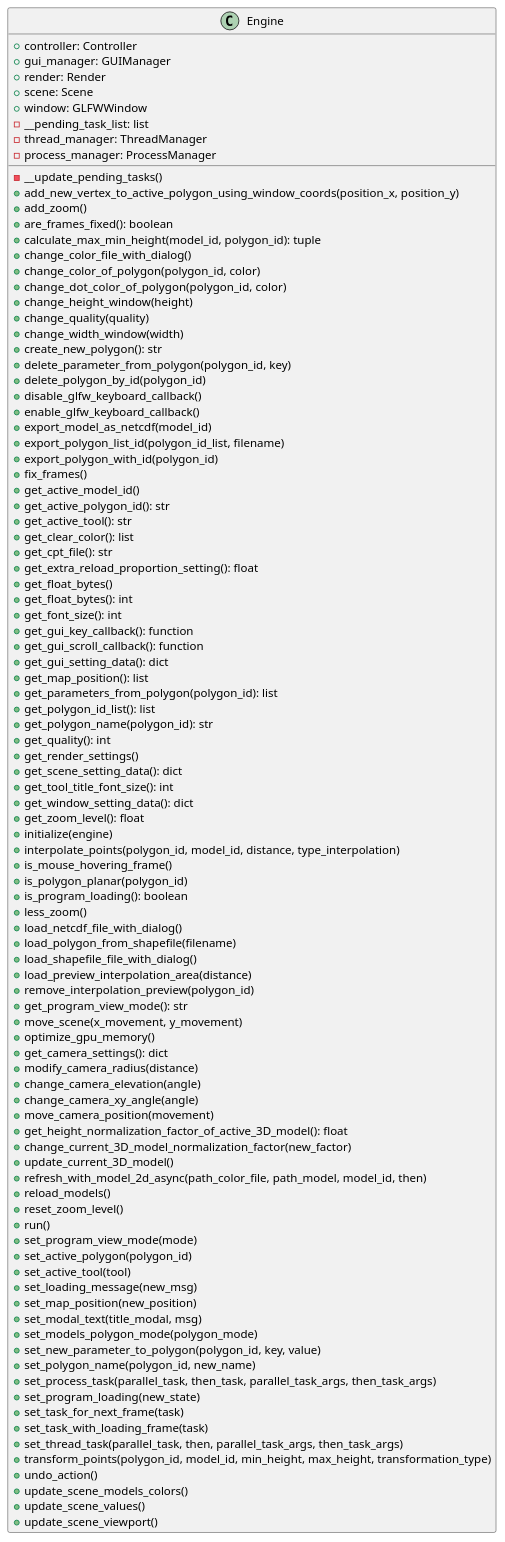
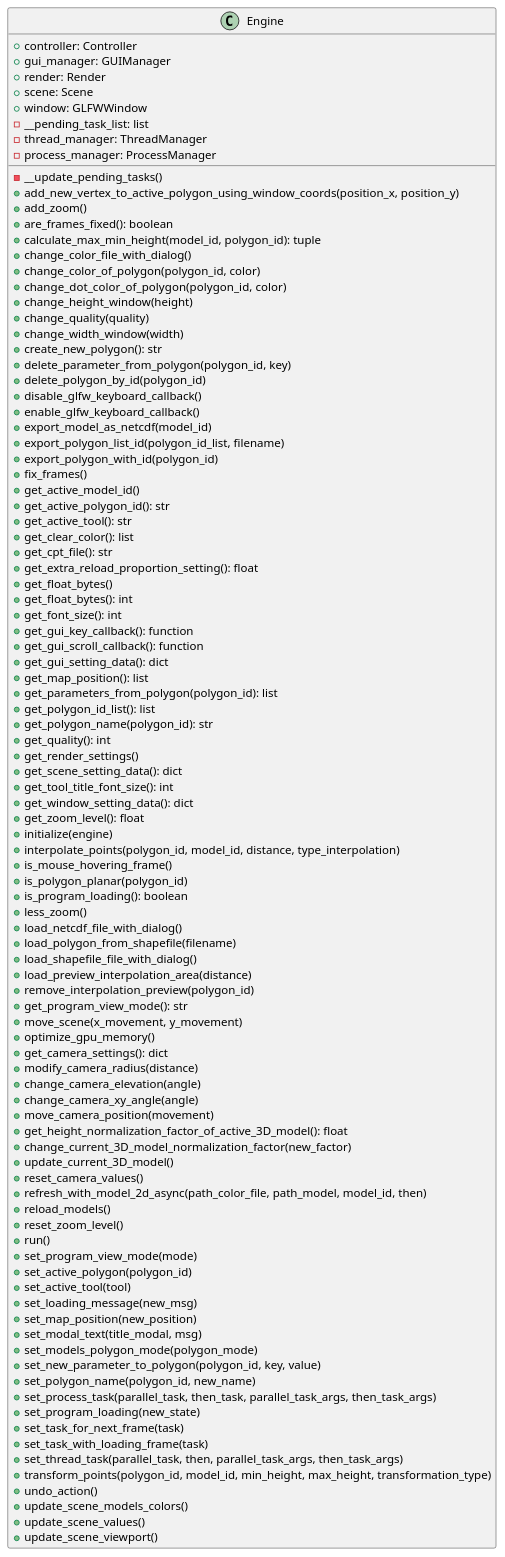
One commit to ferpoble2/Relief_Creator changed the diagram in docs/classes/Engine.puml. Above: the diagram before and after it, drawn with PlantUML. The commit also changed 4 other files, not shown here.

```diff
--- a/docs/classes/Engine.puml
+++ b/docs/classes/Engine.puml
@@ -1,101 +1,102 @@
 @startuml
 class Engine {
     + controller: Controller
     + gui_manager: GUIManager
     + render: Render
     + scene: Scene
     + window: GLFWWindow
     - __pending_task_list: list
     - thread_manager: ThreadManager
     - process_manager: ProcessManager
 
     - __update_pending_tasks()
     + add_new_vertex_to_active_polygon_using_window_coords(position_x, position_y)
     + add_zoom()
     + are_frames_fixed(): boolean
     + calculate_max_min_height(model_id, polygon_id): tuple
     + change_color_file_with_dialog()
     + change_color_of_polygon(polygon_id, color)
     + change_dot_color_of_polygon(polygon_id,  color)
     + change_height_window(height)
     + change_quality(quality)
     + change_width_window(width)
     + create_new_polygon(): str
     + delete_parameter_from_polygon(polygon_id, key)
     + delete_polygon_by_id(polygon_id)
     + disable_glfw_keyboard_callback()
     + enable_glfw_keyboard_callback()
     + export_model_as_netcdf(model_id)
     + export_polygon_list_id(polygon_id_list, filename)
     + export_polygon_with_id(polygon_id)
     + fix_frames()
     + get_active_model_id()
     + get_active_polygon_id(): str
     + get_active_tool(): str
     + get_clear_color(): list
     + get_cpt_file(): str
     + get_extra_reload_proportion_setting(): float
     + get_float_bytes()
     + get_float_bytes(): int
     + get_font_size(): int
     + get_gui_key_callback(): function
     + get_gui_scroll_callback(): function
     + get_gui_setting_data(): dict
     + get_map_position(): list
     + get_parameters_from_polygon(polygon_id): list
     + get_polygon_id_list(): list
     + get_polygon_name(polygon_id): str
     + get_quality(): int
     + get_render_settings()
     + get_scene_setting_data(): dict
     + get_tool_title_font_size(): int
     + get_window_setting_data(): dict
     + get_zoom_level(): float
     + initialize(engine)
     + interpolate_points(polygon_id, model_id, distance, type_interpolation)
     + is_mouse_hovering_frame()
     + is_polygon_planar(polygon_id)
     + is_program_loading(): boolean
     + less_zoom()
     + load_netcdf_file_with_dialog()
     + load_polygon_from_shapefile(filename)
     + load_shapefile_file_with_dialog()
     + load_preview_interpolation_area(distance)
     + remove_interpolation_preview(polygon_id)
     + get_program_view_mode(): str
     + move_scene(x_movement, y_movement)
     + optimize_gpu_memory()
     + get_camera_settings(): dict
     + modify_camera_radius(distance)
     + change_camera_elevation(angle)
     + change_camera_xy_angle(angle)
     + move_camera_position(movement)
     + get_height_normalization_factor_of_active_3D_model(): float
     + change_current_3D_model_normalization_factor(new_factor)
     + update_current_3D_model()
+    + reset_camera_values()
     + refresh_with_model_2d_async(path_color_file, path_model, model_id, then)
     + reload_models()
     + reset_zoom_level()
     + run()
     + set_program_view_mode(mode)
     + set_active_polygon(polygon_id)
     + set_active_tool(tool)
     + set_loading_message(new_msg)
     + set_map_position(new_position)
     + set_modal_text(title_modal, msg)
     + set_models_polygon_mode(polygon_mode)
     + set_new_parameter_to_polygon(polygon_id, key, value)
     + set_polygon_name(polygon_id, new_name)
     + set_process_task(parallel_task, then_task, parallel_task_args, then_task_args)
     + set_program_loading(new_state)
     + set_task_for_next_frame(task)
     + set_task_with_loading_frame(task)
     + set_thread_task(parallel_task, then, parallel_task_args, then_task_args)
     + transform_points(polygon_id, model_id, min_height, max_height, transformation_type)
     + undo_action()
     + update_scene_models_colors()
     + update_scene_values()
     + update_scene_viewport()
 }
 
 @enduml
```
